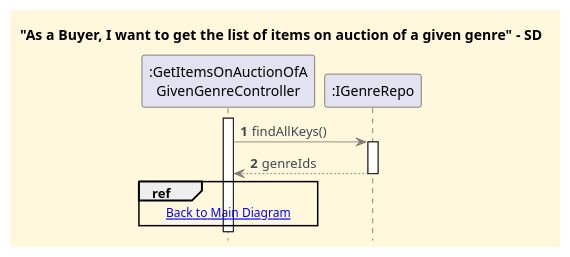
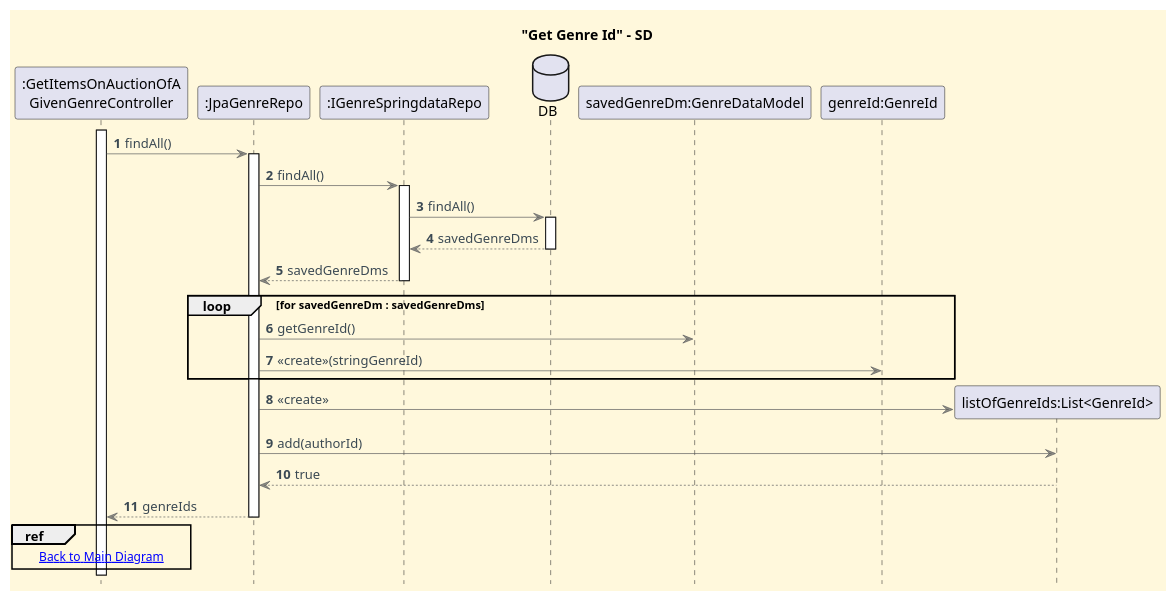
The diagram in docs/functionalities/buyer/get-list-of-items-on-auction-of-given-genre/sd-ref-diagrams/Get_Genre_Ids.puml (CarolinaLeite-collab/JavaMarketplacePlatform), drawn with PlantUML before and after one commit. The commit also changed 1 other file, not shown here.

Commit message:
docs: refactor ref diagram of GetAuctionItemsByGenre SD #810

```diff
--- a/docs/functionalities/buyer/get-list-of-items-on-auction-of-given-genre/sd-ref-diagrams/Get_Genre_Ids.puml
+++ b/docs/functionalities/buyer/get-list-of-items-on-auction-of-given-genre/sd-ref-diagrams/Get_Genre_Ids.puml
@@ -1,30 +1,55 @@
 @startuml
-title "As a Buyer, I want to get the list of items on auction of a given genre" - SD
+title "Get Genre Id" - SD
 
 '==== basic style ====
 skinparam monochrome false
 skinparam defaultFontName Futura
 skinparam objectFontSize 20
 skinparam backgroundColor CornSilk
 skinparam objectBackgroundColor WhiteSmoke
 skinparam noteBackgroundColor #FFFFE0
 skinparam ArrowFontColor #3B4953
 skinparam ArrowColor #57595BAA
 
 autonumber
 autoactivate off
 hidefootbox
 
 participant ":GetItemsOnAuctionOfA\nGivenGenreController" as CTL
-participant ":IGenreRepo" as REPO
+participant ":JpaGenreRepo" as JPAREPO
+participant ":IGenreSpringdataRepo" as SPRINGREPO
+database "DB" as DB
 
 activate CTL
-CTL -> REPO : findAllKeys()
-activate REPO
-REPO --> CTL : genreIds
-deactivate REPO
+CTL -> JPAREPO : findAll()
+activate JPAREPO
+
+
+JPAREPO -> SPRINGREPO : findAll()
+activate SPRINGREPO
+
+SPRINGREPO -> DB : findAll()
+activate DB
+
+DB --> SPRINGREPO : savedGenreDms
+deactivate DB
+SPRINGREPO --> JPAREPO : savedGenreDms
+deactivate SPRINGREPO
+
+loop for savedGenreDm : savedGenreDms
+    JPAREPO -> "savedGenreDm:GenreDataModel" : getGenreId()
+    JPAREPO -> "genreId:GenreId" : <<create>>(stringGenreId)
+end
+
+create "listOfGenreIds:List<GenreId>"
+JPAREPO -> "listOfGenreIds:List<GenreId>" : <<create>>
+JPAREPO -> "listOfGenreIds:List<GenreId>" : add(authorId)
+"listOfGenreIds:List<GenreId>" --> JPAREPO : true
+
+JPAREPO --> CTL : genreIds
+deactivate JPAREPO
 
 ref over CTL
 [[../Get_List_Of_Items_on_Auction_Of_Given_Genre_SD.puml Back to Main Diagram]]
 end ref
 @enduml
```
